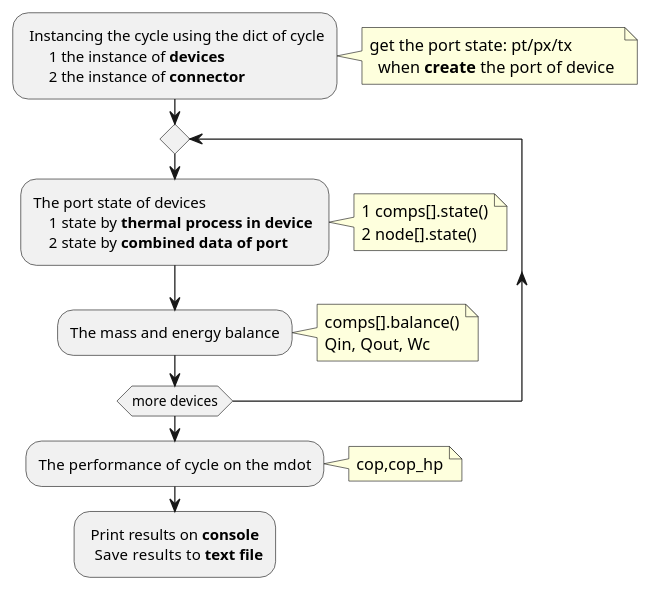
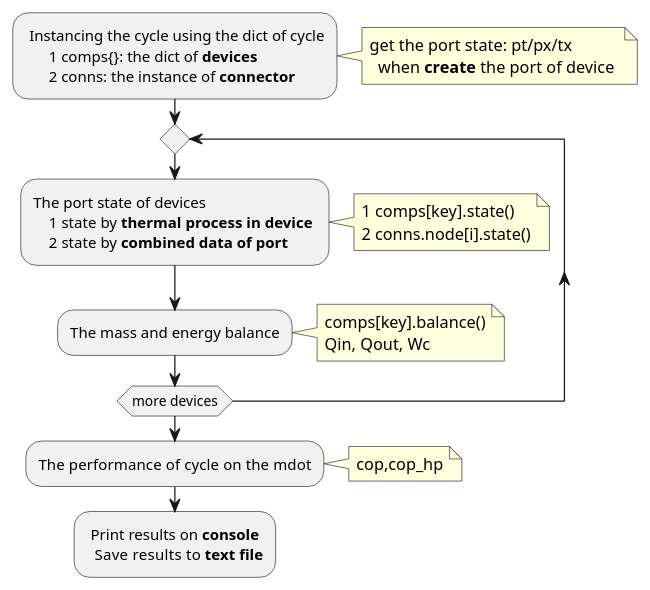
Before and after one commit to thermalogic/SimVCCE: the first of 28 diagrams in doc/PlantUML_Flowchart.md, drawn with PlantUML. The commit also changed other lines of this file and 39 other files, not shown here.

````diff
--- a/doc/PlantUML_Flowchart.md
+++ b/doc/PlantUML_Flowchart.md
@@ -33,29 +43,29 @@
 ```puml
 : Instancing the cycle using the dict of cycle 
-      1 the instance of **devices**    
-      2 the instance of **connector**;
+      1 comps{}: the dict of **devices**    
+      2 conns: the instance of **connector**;
 note right
     get the port state: pt/px/tx 
       when **create** the port of device 
 end note
 repeat
 :The port state of devices
     1 state by **thermal process in device** 
     2 state by **combined data of port**;
 note right
-    1 comps[].state()
-    2 node[].state()
+    1 comps[key].state()
+    2 conns.node[i].state()
 end note
 :The mass and energy balance;
 note right
-    comps[].balance()
+    comps[key].balance()
     Qin, Qout, Wc
 end note
 repeat while (more devices)
 :The performance of cycle  on the mdot;
 note right
     cop,cop_hp
 end note
 : Print results on **console**  
   Save  results to **text file**;
 ```
````
